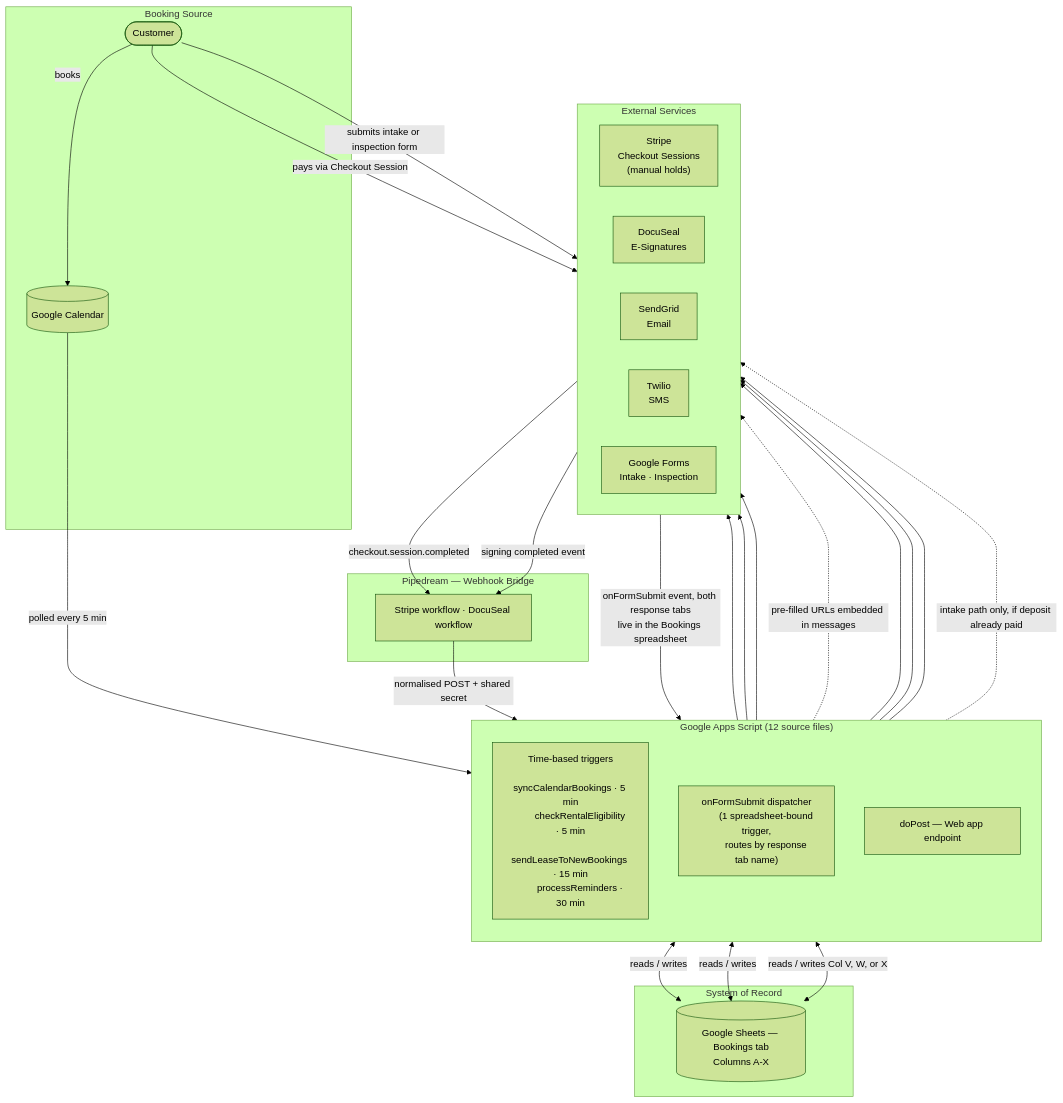
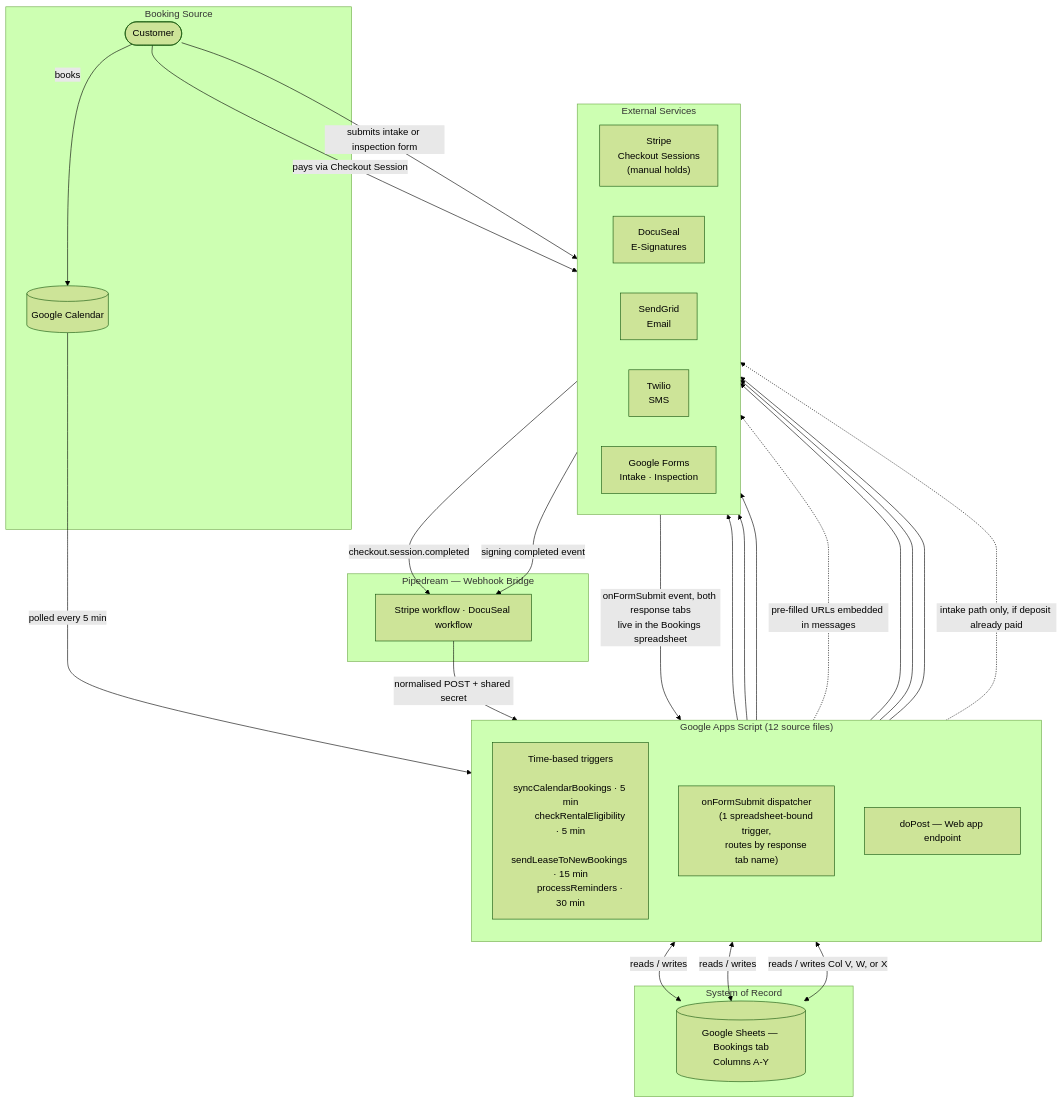
Before and after one commit to SolomonBell/vehicle-script: the second of 2 diagrams in README.md, drawn with Mermaid (forest theme). The commit also changed other lines of this file and 10 other files, not shown here.

````diff
--- a/README.md
+++ b/README.md
@@ -418,60 +418,60 @@
 ```mermaid
 graph TB
     subgraph Source["Booking Source"]
         CUST([Customer])
         GCAL[(Google Calendar)]
     end
 
     subgraph GAS["Google Apps Script (12 source files)"]
         direction TB
         TRIGGERS["Time-based triggers
         syncCalendarBookings · 5 min
         checkRentalEligibility · 5 min
         sendLeaseToNewBookings · 15 min
         processReminders · 30 min"]
         ONFORMSUBMIT["onFormSubmit dispatcher
         (1 spreadsheet-bound trigger,
         routes by response tab name)"]
         DOPOST["doPost — Web app endpoint"]
     end
 
     subgraph RECORD["System of Record"]
-        SHEETS[(Google Sheets — Bookings tab\nColumns A-X)]
+        SHEETS[(Google Sheets — Bookings tab\nColumns A-Y)]
     end
 
     subgraph BRIDGE["Pipedream — Webhook Bridge"]
         PD["Stripe workflow · DocuSeal workflow"]
     end
 
     subgraph SERVICES["External Services"]
         direction LR
         STRIPE["Stripe\nCheckout Sessions\n(manual holds)"]
         DOCUSEAL["DocuSeal\nE-Signatures"]
         SENDGRID["SendGrid\nEmail"]
         TWILIO["Twilio\nSMS"]
         FORMS["Google Forms\nIntake · Inspection"]
     end
 
     CUST -->|books| GCAL
     GCAL -->|polled every 5 min| TRIGGERS
     TRIGGERS <-->|reads / writes| SHEETS
     TRIGGERS --> SENDGRID
     TRIGGERS --> TWILIO
     TRIGGERS --> DOCUSEAL
     TRIGGERS -.->|pre-filled URLs embedded in messages| FORMS
 
     CUST -->|pays via Checkout Session| STRIPE
     STRIPE -->|checkout.session.completed| PD
     DOCUSEAL -->|signing completed event| PD
     PD -->|normalised POST + shared secret| DOPOST
 
     DOPOST <-->|reads / writes| SHEETS
     DOPOST --> SENDGRID
     DOPOST --> TWILIO
     DOPOST --> DOCUSEAL
 
     CUST -->|submits intake or inspection form| FORMS
     FORMS -->|onFormSubmit event, both response tabs\nlive in the Bookings spreadsheet| ONFORMSUBMIT
     ONFORMSUBMIT <-->|reads / writes Col V, W, or X| SHEETS
     ONFORMSUBMIT -.->|intake path only, if deposit already paid| DOCUSEAL
 ```
````
